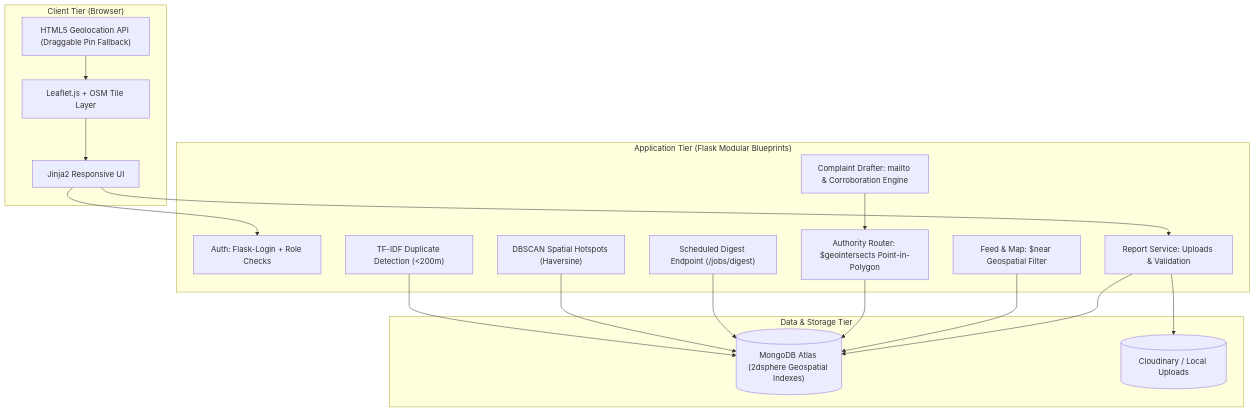
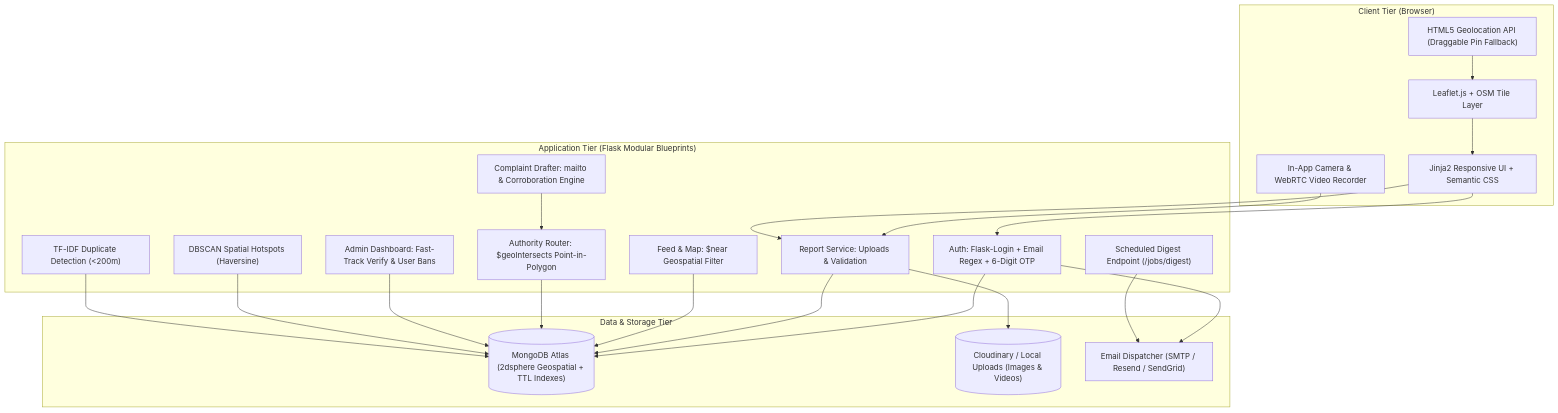
One commit to Kaisel-adi/final-project changed the diagram in README.md. Above: the diagram before and after it, drawn with Mermaid. The commit also changed other lines of this file, not shown here.

Commit message:
docs: Update README.md with multimedia capture, OTP auth, and admin controls

````diff
--- a/README.md
+++ b/README.md
@@ -41,34 +63,41 @@
 ```mermaid
 flowchart TD
     subgraph Client["Client Tier (Browser)"]
-        UI["Jinja2 Responsive UI"]
+        UI["Jinja2 Responsive UI + Semantic CSS"]
+        CAMERA["In-App Camera & WebRTC Video Recorder"]
         LEAFLET["Leaflet.js + OSM Tile Layer"]
         GEO["HTML5 Geolocation API (Draggable Pin Fallback)"]
     end
 
     subgraph App["Application Tier (Flask Modular Blueprints)"]
-        AUTH["Auth: Flask-Login + Role Checks"]
+        AUTH["Auth: Flask-Login + Email Regex + 6-Digit OTP"]
         REPORTS["Report Service: Uploads & Validation"]
         FEED["Feed & Map: $near Geospatial Filter"]
         ROUTER["Authority Router: $geoIntersects Point-in-Polygon"]
         COMPLAINTS["Complaint Drafter: mailto & Corroboration Engine"]
+        ADMIN["Admin Dashboard: Fast-Track Verify & User Bans"]
         JOBS["Scheduled Digest Endpoint (/jobs/digest)"]
         ML_HOTSPOTS["DBSCAN Spatial Hotspots (Haversine)"]
         ML_DUPES["TF-IDF Duplicate Detection (<200m)"]
     end
 
     subgraph Storage["Data & Storage Tier"]
-        MONGO[("MongoDB Atlas (2dsphere Geospatial Indexes)")]
-        IMG[("Cloudinary / Local Uploads")]
+        MONGO[("MongoDB Atlas (2dsphere Geospatial + TTL Indexes)")]
+        IMG[("Cloudinary / Local Uploads (Images & Videos)")]
+        EMAIL["Email Dispatcher (SMTP / Resend / SendGrid)"]
     end
 
     UI --> AUTH
+    AUTH --> EMAIL
+    AUTH --> MONGO
+    CAMERA --> REPORTS
     GEO --> LEAFLET --> UI
     UI --> REPORTS --> IMG
     REPORTS --> MONGO
     FEED --> MONGO
     COMPLAINTS --> ROUTER --> MONGO
-    JOBS --> MONGO
+    ADMIN --> MONGO
+    JOBS --> EMAIL
     ML_HOTSPOTS --> MONGO
     ML_DUPES --> MONGO
 ```
````
